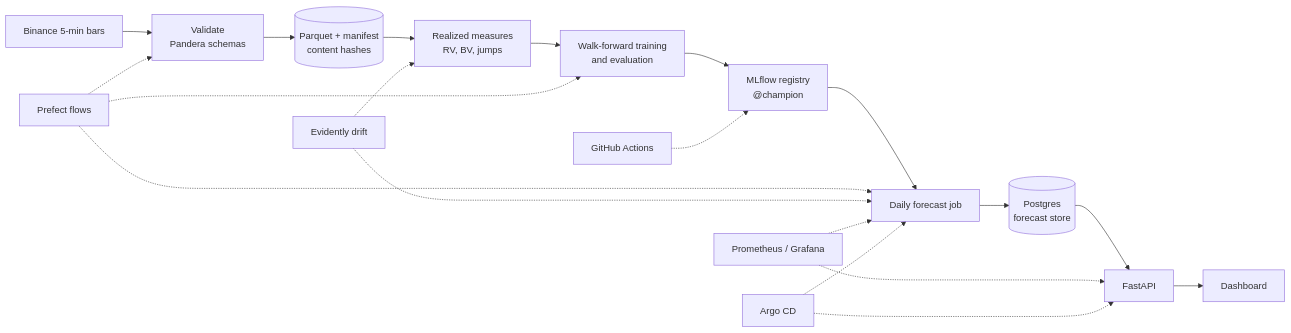
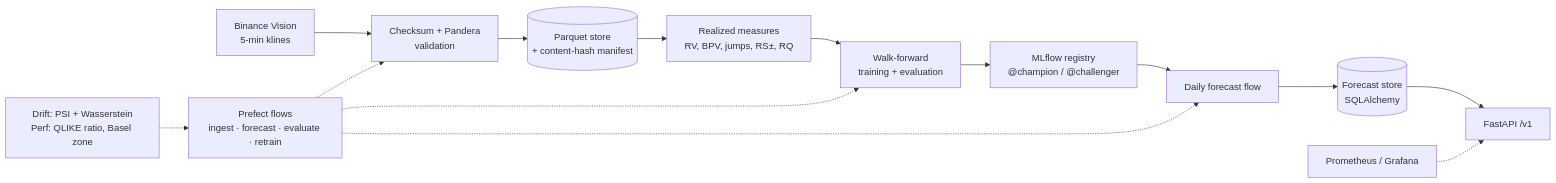
One commit to Hitesh-Prajapathi/crypto-volatility-forecasting changed the diagram in README.md. Above: the diagram before and after it, drawn with Mermaid. The commit also changed other lines of this file and 1 other file, not shown here.

````diff
--- a/README.md
+++ b/README.md
@@ -9,23 +191,17 @@
 ```mermaid
 flowchart LR
-    A[Binance 5-min bars] --> B[Validate<br/>Pandera schemas]
-    B --> C[(Parquet + manifest<br/>content hashes)]
-    C --> D[Realized measures<br/>RV, BV, jumps]
-    D --> E[Walk-forward training<br/>and evaluation]
-    E --> F[MLflow registry<br/>@champion]
-    F --> G[Daily forecast job]
-    G --> H[(Postgres<br/>forecast store)]
-    H --> I[FastAPI]
-    I --> J[Dashboard]
+    A[Binance Vision<br/>5-min klines] --> B[Checksum + Pandera<br/>validation]
+    B --> C[(Parquet store<br/>+ content-hash manifest)]
+    C --> D[Realized measures<br/>RV, BPV, jumps, RS±, RQ]
+    D --> E[Walk-forward<br/>training + evaluation]
+    E --> F[MLflow registry<br/>@champion / @challenger]
+    F --> G[Daily forecast flow]
+    G --> H[(Forecast store<br/>SQLAlchemy)]
+    H --> I[FastAPI /v1]
 
-    P[Prefect flows] -.-> B
+    P[Prefect flows<br/>ingest · forecast · evaluate · retrain] -.-> B
+    P -.-> G
     P -.-> E
-    P -.-> G
-    EV[Evidently drift] -.-> D
-    EV -.-> G
+    M[Drift: PSI + Wasserstein<br/>Perf: QLIKE ratio, Basel zone] -.-> P
     PG[Prometheus / Grafana] -.-> I
-    PG -.-> G
-    GH[GitHub Actions] -.-> F
-    AR[Argo CD] -.-> I
-    AR -.-> G
 ```
````
